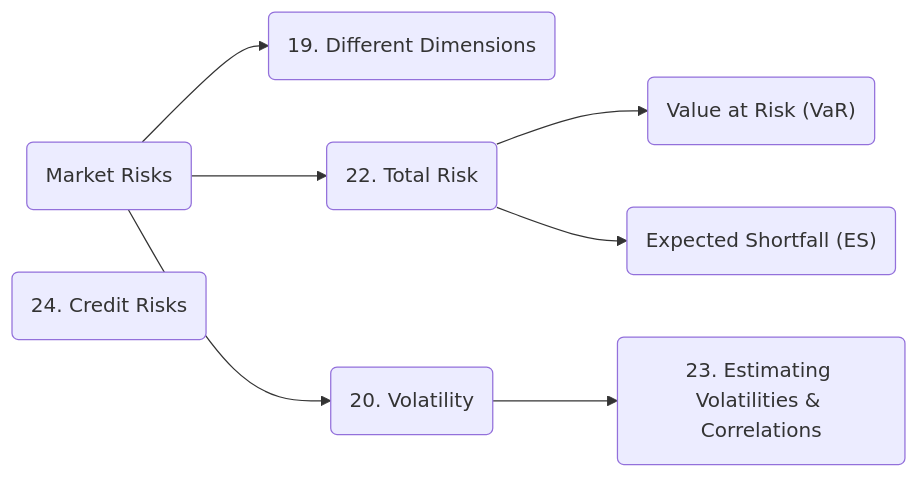
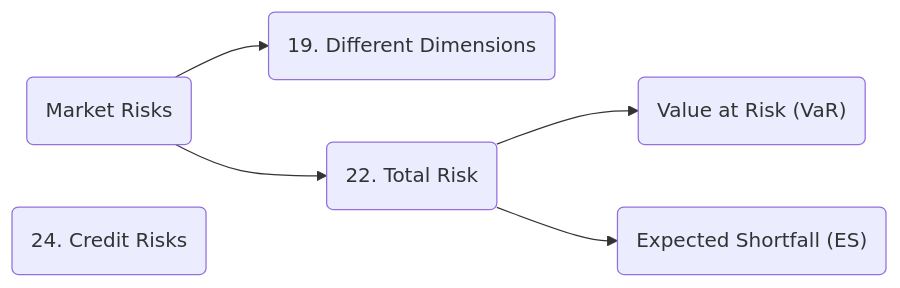
Before and after one commit to govindthange/notes: the third of 4 diagrams in moc/1_OptionsFuturesAndOtherDerivatives_SankarshanBasu_JohnHull_ed10_2018.md, drawn with Mermaid. The commit also changed other lines of this file, not shown here.

````diff
--- a/moc/1_OptionsFuturesAndOtherDerivatives_SankarshanBasu_JohnHull_ed10_2018.md
+++ b/moc/1_OptionsFuturesAndOtherDerivatives_SankarshanBasu_JohnHull_ed10_2018.md
@@ -91,12 +113,9 @@
 ```mermaid
 graph LR;
 	r(Market Risks)
 	r-->r_d(19. Different Dimensions)
 	r-->r_tr(22. Total Risk)
 		r_tr-->rtr_var("Value at Risk (VaR)")
 		r_tr-->rtr_es("Expected Shortfall (ES)")
-	r-->r_v(20. Volatility)
-	r_v-->rv_ev(23. Estimating Volatilities & Correlations)
-
 	r_cr(24. Credit Risks)
 ```
````
